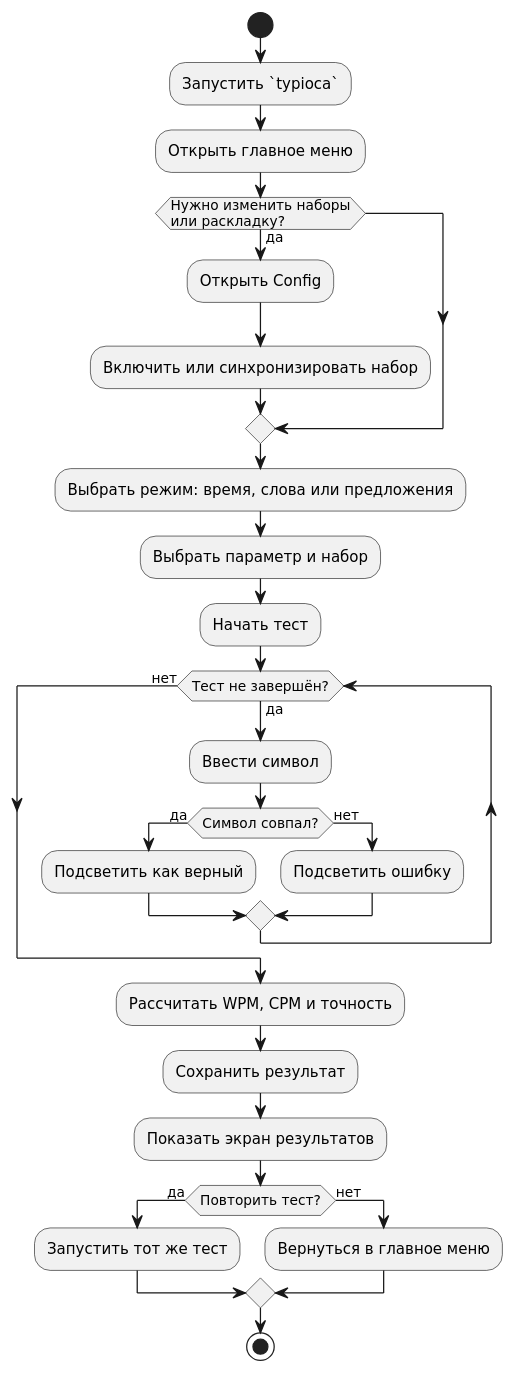
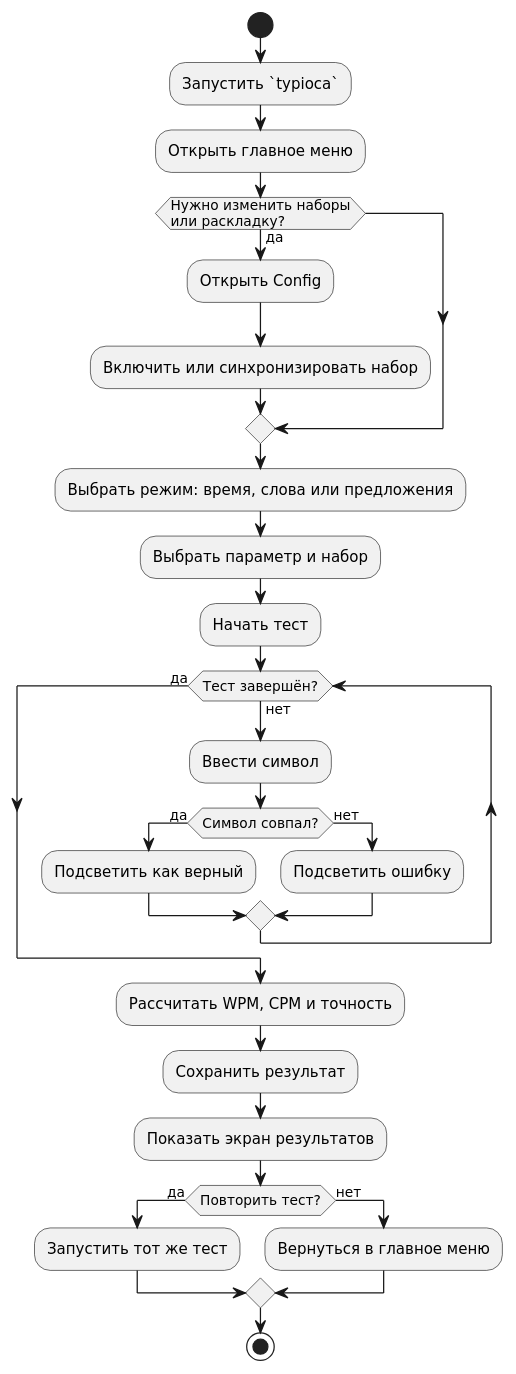
The diagram in docs/diagrams/activity-main.puml (gitmaxlla/typioca-code), drawn with PlantUML before and after one commit. The commit also changed 14 other files, not shown here.

Commit message:
feat(lab2) diagrams done

```diff
--- a/docs/diagrams/activity-main.puml
+++ b/docs/diagrams/activity-main.puml
@@ -1,39 +1,39 @@
 @startuml activity-main
 skinparam defaultFontName "DejaVu Sans"
 skinparam backgroundColor white
 skinparam shadowing false
 
 start
 :Запустить `typioca`;
 :Открыть главное меню;
 
 if (Нужно изменить наборы\nили раскладку?) then (да)
   :Открыть Config;
   :Включить или синхронизировать набор;
 endif
 
 :Выбрать режим: время, слова или предложения;
 :Выбрать параметр и набор;
 :Начать тест;
 
-while (Тест не завершён?) is (да)
+while (Тест завершён?) is (нет)
   :Ввести символ;
   if (Символ совпал?) then (да)
     :Подсветить как верный;
   else (нет)
     :Подсветить ошибку;
   endif
-endwhile (нет)
+endwhile (да)
 
 :Рассчитать WPM, CPM и точность;
 :Сохранить результат;
 :Показать экран результатов;
 
 if (Повторить тест?) then (да)
   :Запустить тот же тест;
 else (нет)
   :Вернуться в главное меню;
 endif
 
 stop
 @enduml
```
